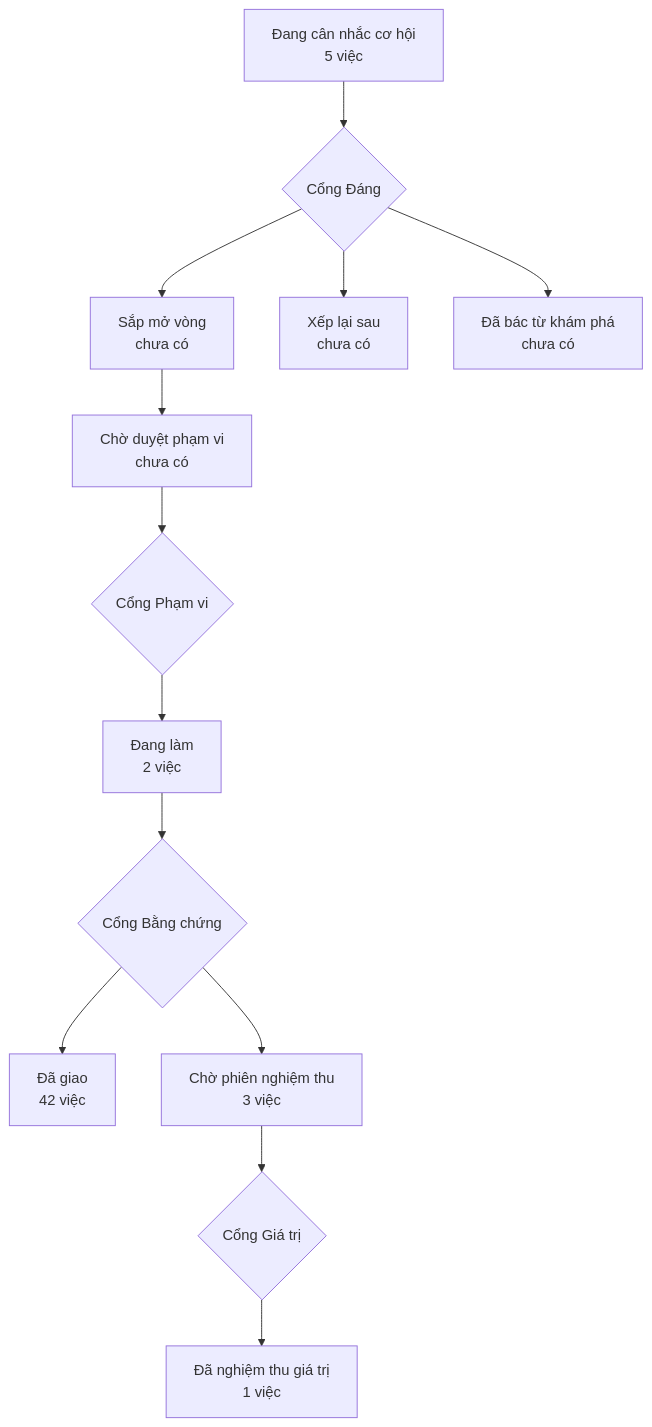
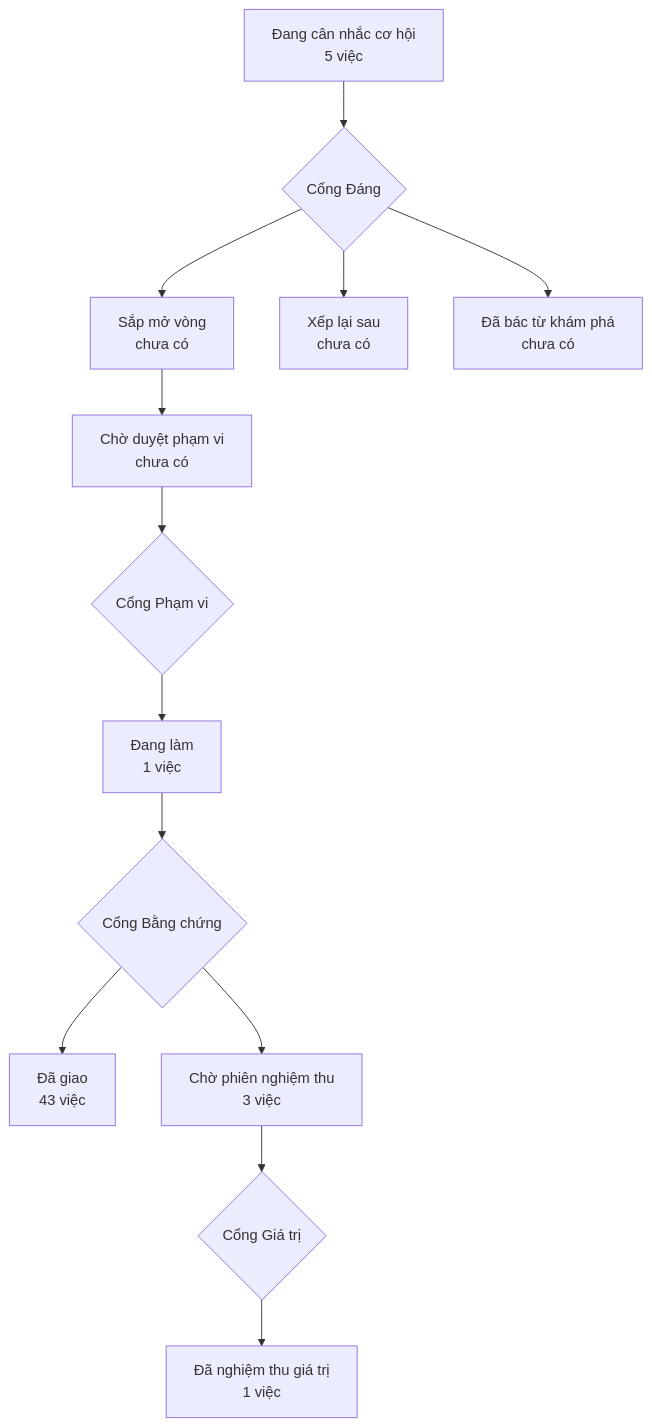
The diagram in PRODUCT-MAP.md (phanlemanh/crm-onehub), drawn with Mermaid before and after one commit. The commit also changed other lines of this file and 3 other files, not shown here.

````diff
--- a/PRODUCT-MAP.md
+++ b/PRODUCT-MAP.md
@@ -6,12 +6,12 @@
 ```mermaid
 flowchart TD
   A["Đang cân nhắc cơ hội<br/>5 việc"] --> GD{"Cổng Đáng"}
   GD --> B["Sắp mở vòng<br/>chưa có"]
   GD --> XL["Xếp lại sau<br/>chưa có"]
   GD --> DB["Đã bác từ khám phá<br/>chưa có"]
   B --> CD["Chờ duyệt phạm vi<br/>chưa có"] --> GP{"Cổng Phạm vi"}
-  GP --> DL["Đang làm<br/>2 việc"] --> GB{"Cổng Bằng chứng"}
-  GB --> DG["Đã giao<br/>42 việc"]
+  GP --> DL["Đang làm<br/>1 việc"] --> GB{"Cổng Bằng chứng"}
+  GB --> DG["Đã giao<br/>43 việc"]
   GB --> CN["Chờ phiên nghiệm thu<br/>3 việc"] --> GG{"Cổng Giá trị"}
   GG --> NT["Đã nghiệm thu giá trị<br/>1 việc"]
 ```
````
